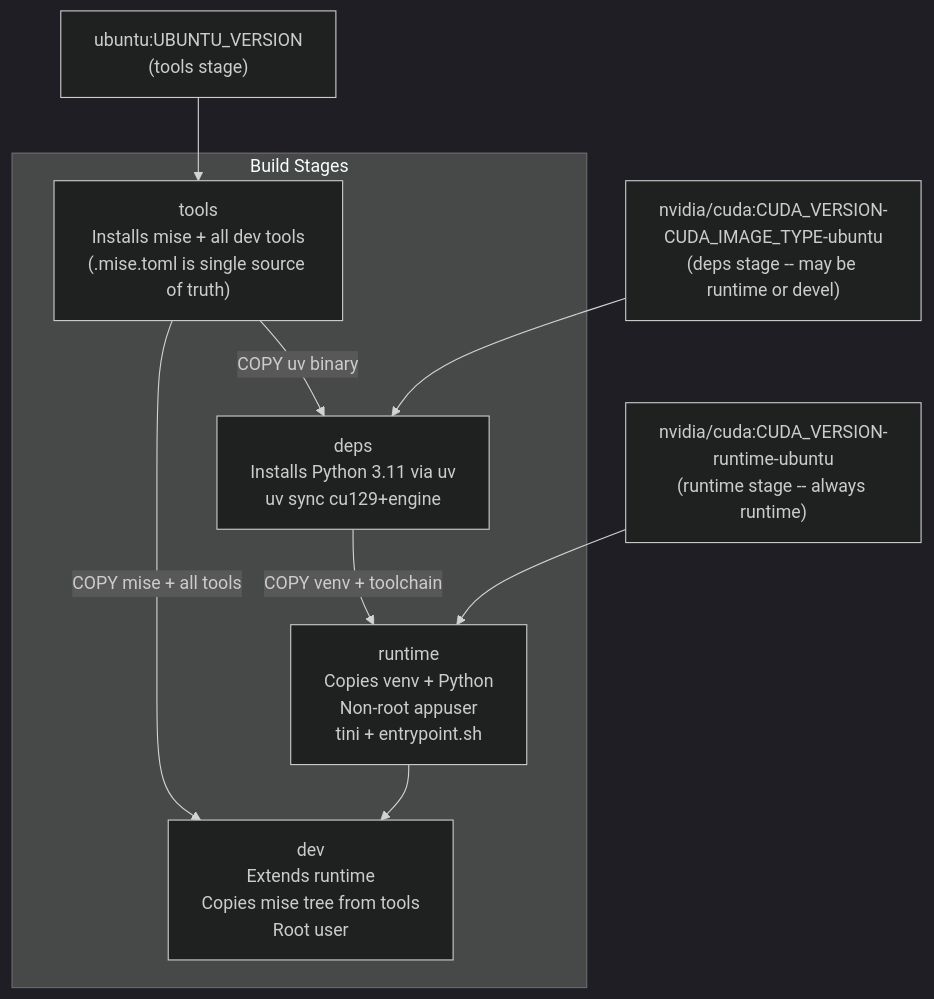
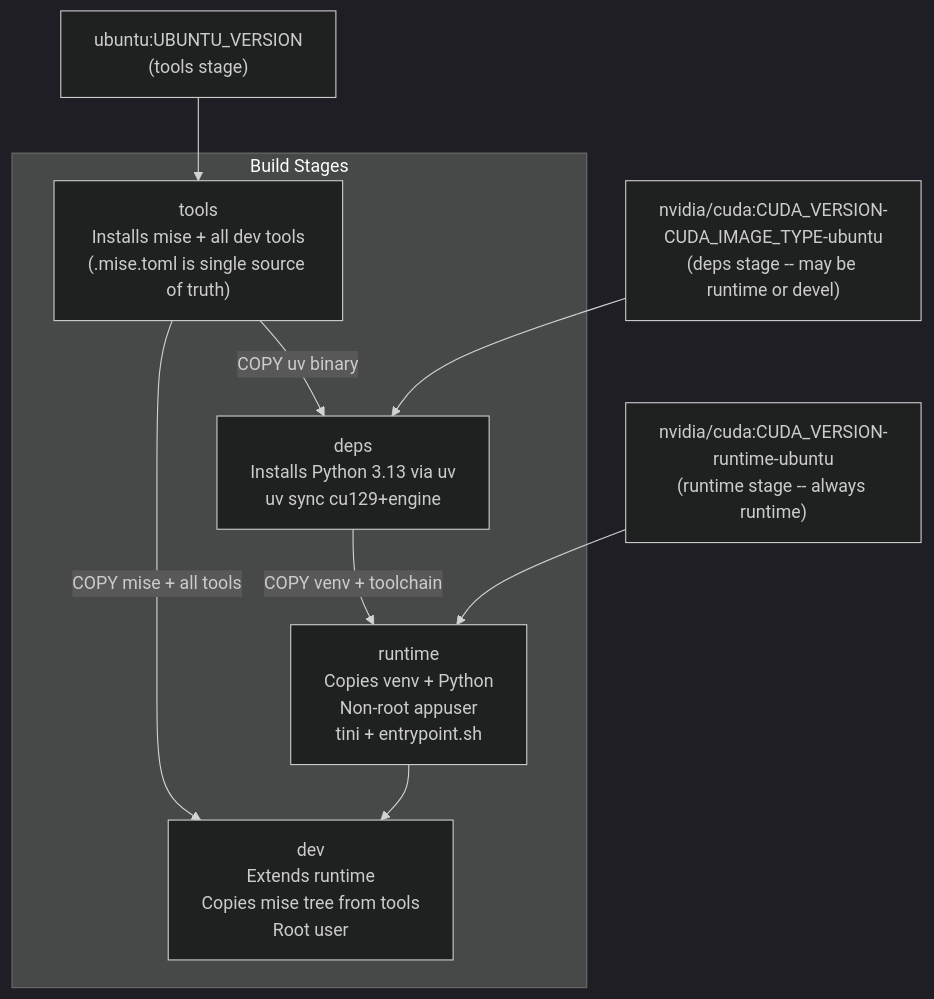
Before and after one commit to NVIDIA-NeMo/Safe-Synthesizer: the diagram in docs/developer-guide/docker.md, drawn with Mermaid (dark theme). The commit also changed other lines of this file and 22 other files, not shown here.

````diff
--- a/docs/developer-guide/docker.md
+++ b/docs/developer-guide/docker.md
@@ -19,21 +19,21 @@
 ```mermaid
 flowchart TD
     ubuntuBase["ubuntu:UBUNTU_VERSION\n(tools stage)"]
     cudaBuild["nvidia/cuda:CUDA_VERSION-CUDA_IMAGE_TYPE-ubuntu\n(deps stage -- may be runtime or devel)"]
     cudaRuntime["nvidia/cuda:CUDA_VERSION-runtime-ubuntu\n(runtime stage -- always runtime)"]
 
     subgraph stages [Build Stages]
         tools["tools\nInstalls mise + all dev tools\n(.mise.toml is single source of truth)"]
-        deps["deps\nInstalls Python 3.11 via uv\nuv sync cu129+engine"]
+        deps["deps\nInstalls Python 3.13 via uv\nuv sync cu129+engine"]
         runtime["runtime\nCopies venv + Python\nNon-root appuser\ntini + entrypoint.sh"]
         dev["dev\nExtends runtime\nCopies mise tree from tools\nRoot user"]
     end
 
     ubuntuBase --> tools
     tools -->|"COPY uv binary"| deps
     cudaBuild --> deps
     deps -->|"COPY venv + toolchain"| runtime
     cudaRuntime --> runtime
     runtime --> dev
     tools -->|"COPY mise + all tools"| dev
 ```
````
